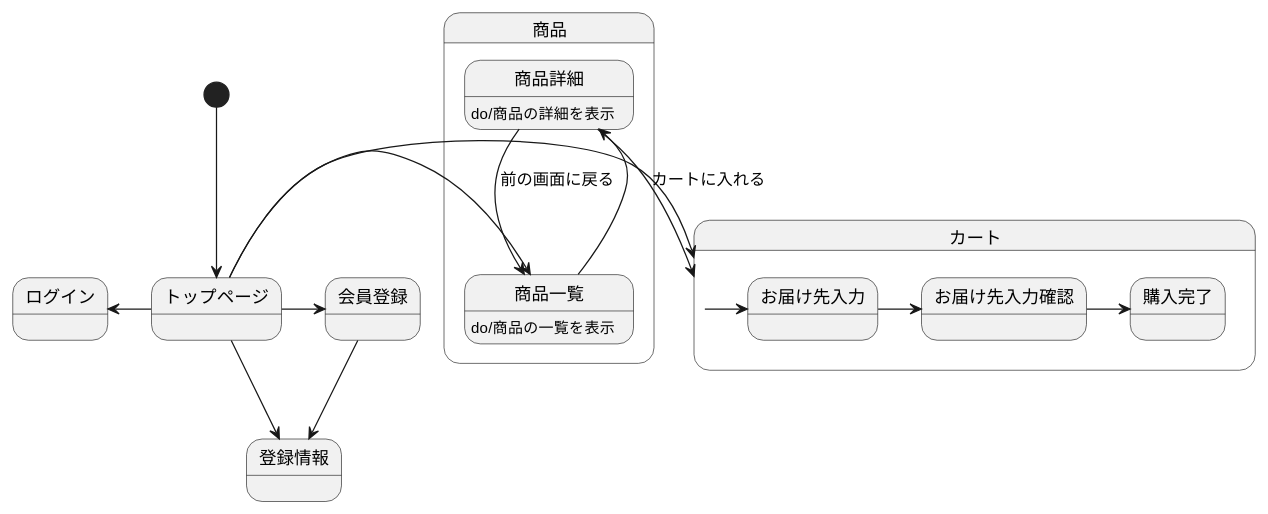
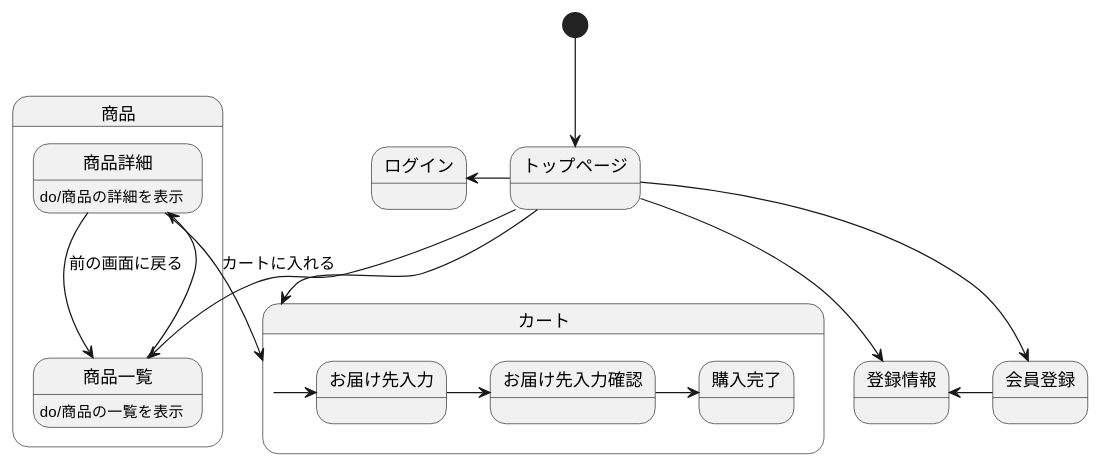
Before and after one commit to aso2001190/sys2021-design: the diagram in stm01.md, drawn with PlantUML.

````diff
--- a/stm01.md
+++ b/stm01.md
@@ -1,30 +1,30 @@
 ```uml
 @startuml
 
  state 商品 {
 商品詳細 : do/商品の詳細を表示
 商品一覧 : do/商品の一覧を表示
 }
 
 [*] --> トップページ
 トップページ -> 会員登録
 トップページ -left-> ログイン
 トップページ -left-> カート
 トップページ --> 登録情報
 トップページ --> 商品一覧
 
 商品一覧 --> 商品詳細 
 商品詳細 --> 商品一覧 : 前の画面に戻る
 商品詳細 --> カート : カートに入れる
 
 
-会員登録 --> 登録情報
+会員登録 -left-> 登録情報
 
 state カート {
 カート -> お届け先入力
 お届け先入力 -> お届け先入力確認
 お届け先入力確認 -> 購入完了
 }
 
 @enduml
 ```
````
